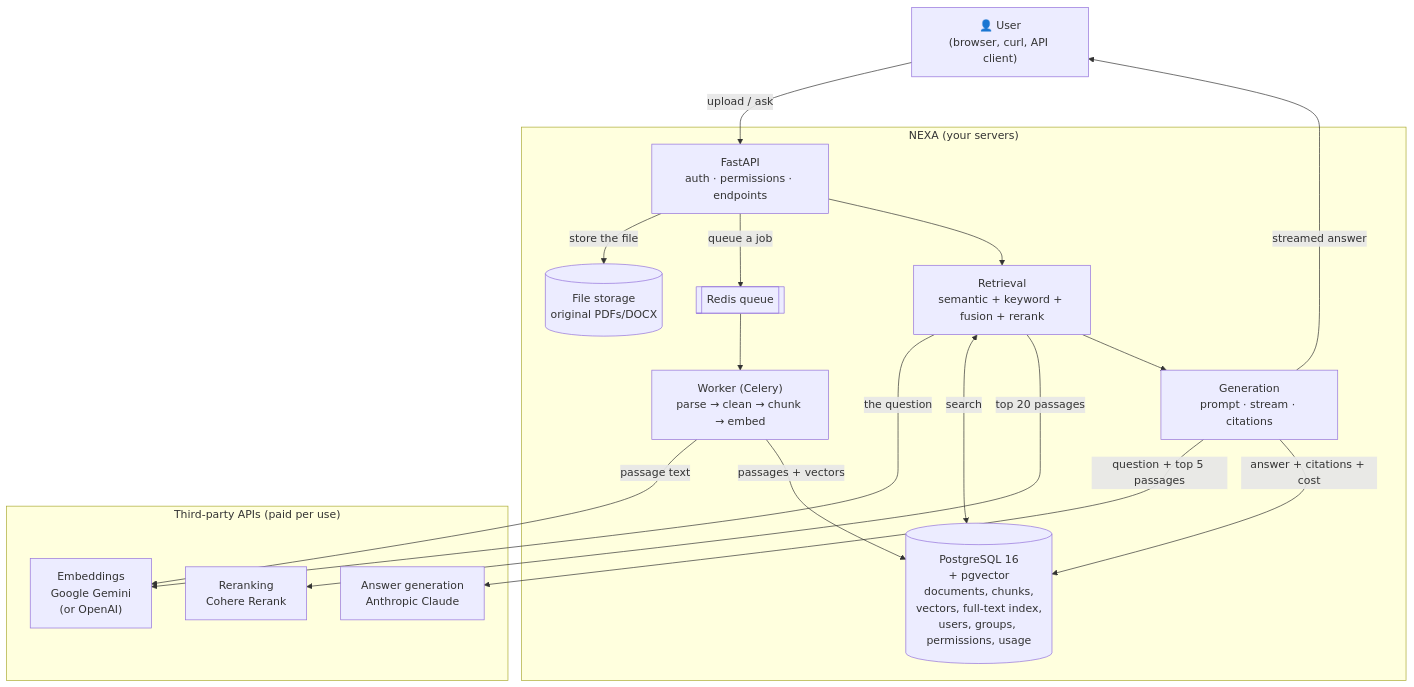
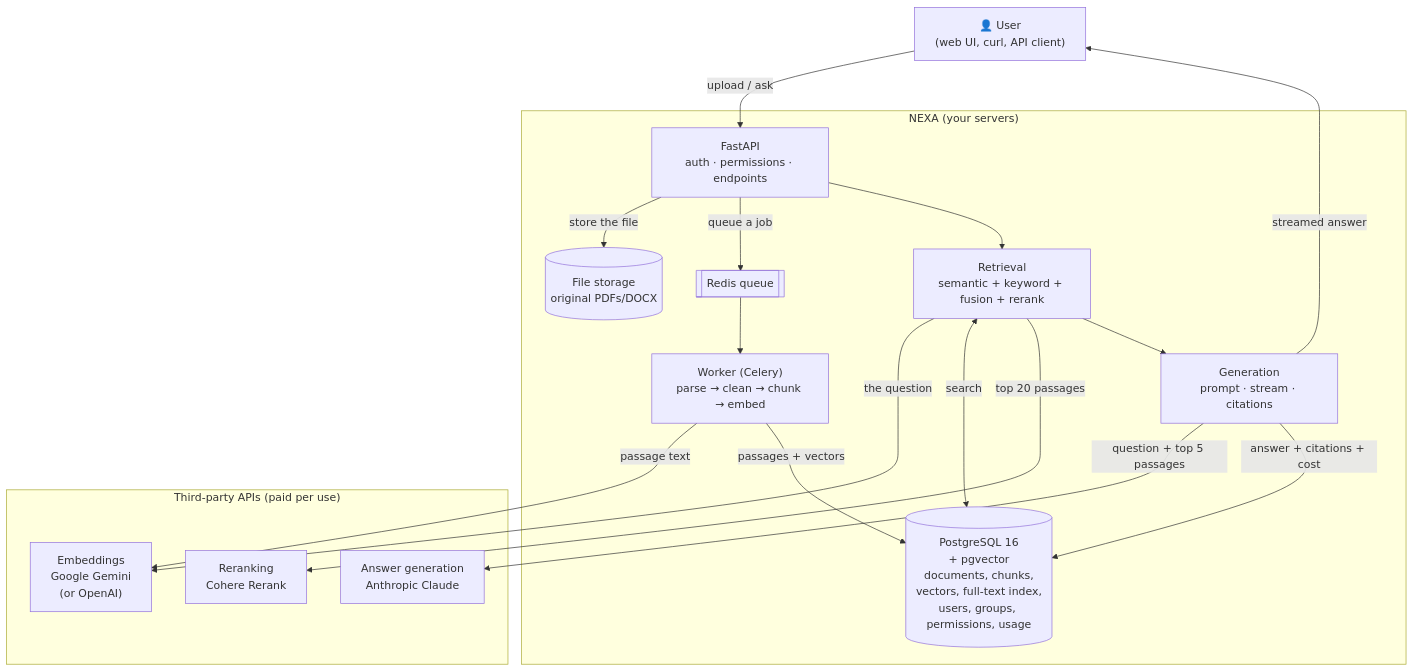
One commit to MuhammadFaizan986/nexa changed the first of 4 diagrams in docs/how-it-works.md. Above: the diagram before and after it, drawn with Mermaid. The commit also changed other lines of this file and 36 other files, not shown here.

````diff
--- a/docs/how-it-works.md
+++ b/docs/how-it-works.md
@@ -30,34 +30,34 @@
 ```mermaid
 flowchart TB
-    User["👤 User<br/>(browser, curl, API client)"]
+    User["👤 User<br/>(web UI, curl, API client)"]
 
     subgraph NEXA["NEXA (your servers)"]
         API["FastAPI<br/>auth · permissions · endpoints"]
         Queue[["Redis queue"]]
         Worker["Worker (Celery)<br/>parse → clean → chunk → embed"]
         Retrieve["Retrieval<br/>semantic + keyword + fusion + rerank"]
         Generate["Generation<br/>prompt · stream · citations"]
         DB[("PostgreSQL 16<br/>+ pgvector<br/>documents, chunks,<br/>vectors, full-text index,<br/>users, groups, permissions, usage")]
         Files[("File storage<br/>original PDFs/DOCX")]
     end
 
     subgraph Outside["Third-party APIs (paid per use)"]
         Embed["Embeddings<br/>Google Gemini<br/>(or OpenAI)"]
         Rerank["Reranking<br/>Cohere Rerank"]
         LLM["Answer generation<br/>Anthropic Claude"]
     end
 
     User -->|"upload / ask"| API
     API -->|"store the file"| Files
     API -->|"queue a job"| Queue --> Worker
     Worker -->|"passage text"| Embed
     Worker -->|"passages + vectors"| DB
     API --> Retrieve
     Retrieve -->|"the question"| Embed
     Retrieve <-->|"search"| DB
     Retrieve -->|"top 20 passages"| Rerank
     Retrieve --> Generate
     Generate -->|"question + top 5 passages"| LLM
     Generate -->|"answer + citations + cost"| DB
     Generate -->|"streamed answer"| User
 ```
````
